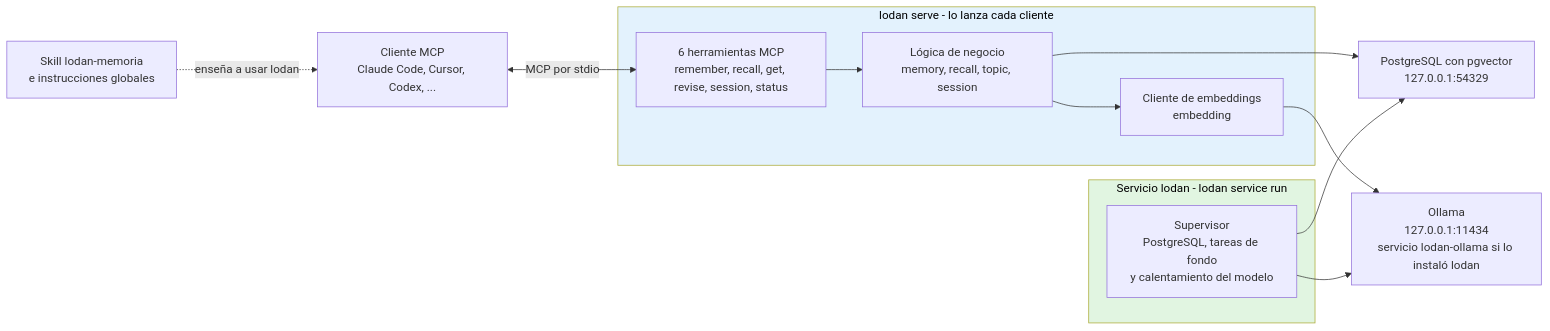
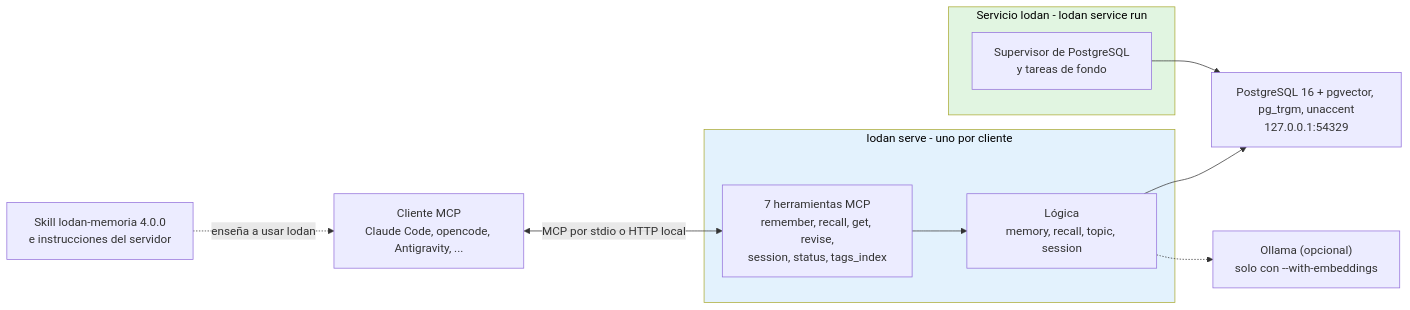
One commit to 4ntoniomj/lodaan-memory changed the diagram in README.md. Above: the diagram before and after it, drawn with Mermaid. The commit also changed other lines of this file, not shown here.

First line of the commit message:
docs(readme): document lodan lite as the official edition

````diff
--- a/README.md
+++ b/README.md
@@ -429,30 +302,27 @@
 ```mermaid
 flowchart LR
-    Client["Cliente MCP<br/>Claude Code, Cursor, Codex, ..."]
-    Skill["Skill lodan-memoria<br/>e instrucciones globales"]
+    Client["Cliente MCP<br/>Claude Code, opencode, Antigravity, ..."]
+    Skill["Skill lodan-memoria 4.0.0<br/>e instrucciones del servidor"]
 
-    subgraph Serve["lodan serve - lo lanza cada cliente"]
-        Tools["6 herramientas MCP<br/>remember, recall, get, revise, session, status"]
-        Logic["Lógica de negocio<br/>memory, recall, topic, session"]
-        Emb["Cliente de embeddings<br/>embedding"]
+    subgraph Serve["lodan serve - uno por cliente"]
+        Tools["7 herramientas MCP<br/>remember, recall, get, revise,<br/>session, status, tags_index"]
+        Logic["Lógica<br/>memory, recall, topic, session"]
     end
 
     subgraph Svc["Servicio lodan - lodan service run"]
-        Sup["Supervisor<br/>PostgreSQL, tareas de fondo<br/>y calentamiento del modelo"]
+        Sup["Supervisor de PostgreSQL<br/>y tareas de fondo"]
     end
 
-    PG["PostgreSQL con pgvector<br/>127.0.0.1:54329"]
-    Ollama["Ollama<br/>127.0.0.1:11434<br/>servicio lodan-ollama si lo instaló lodan"]
+    PG["PostgreSQL 16 + pgvector, pg_trgm, unaccent<br/>127.0.0.1:54329"]
+    Ollama["Ollama (opcional)<br/>solo con --with-embeddings"]
 
     Skill -.->|"enseña a usar lodan"| Client
-    Client <-->|"MCP por stdio"| Tools
+    Client <-->|"MCP por stdio o HTTP local"| Tools
     Tools --> Logic
     Logic --> PG
-    Logic --> Emb
-    Emb --> Ollama
+    Logic -.-> Ollama
     Sup --> PG
-    Sup --> Ollama
 
     style Serve fill:#e3f2fd,color:#000
     style Svc fill:#e1f5e1,color:#000
 ```
````
